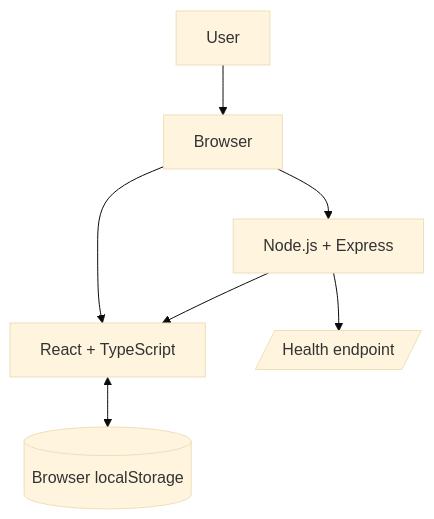
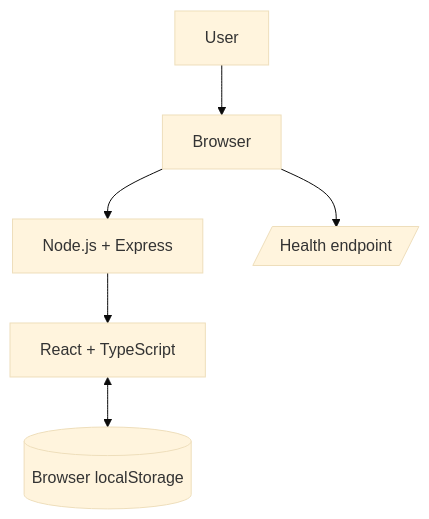
The first of 2 diagrams in README.md (Katti-chatti/Tillie), drawn with Mermaid (base theme) before and after one commit. The commit also changed other lines of this file and 5 other files, not shown here.

````diff
--- a/README.md
+++ b/README.md
@@ -203,16 +212,8 @@
 ```mermaid
 flowchart TD
-    User[User]
-    Browser[Browser]
-    Frontend[React + TypeScript]
-    Storage[(Browser localStorage)]
-    Server[Node.js + Express]
-    Health[/Health endpoint/]
-
-    User --> Browser
-    Browser --> Frontend
-    Frontend <--> Storage
-    Browser --> Server
-    Server --> Health
-    Server --> Frontend
+    User[User] --> Browser[Browser]
+    Browser --> Server[Node.js + Express]
+    Server --> Frontend[React + TypeScript]
+    Frontend <--> Storage[(Browser localStorage)]
+    Browser --> Health[/Health endpoint/]
 ```
````
